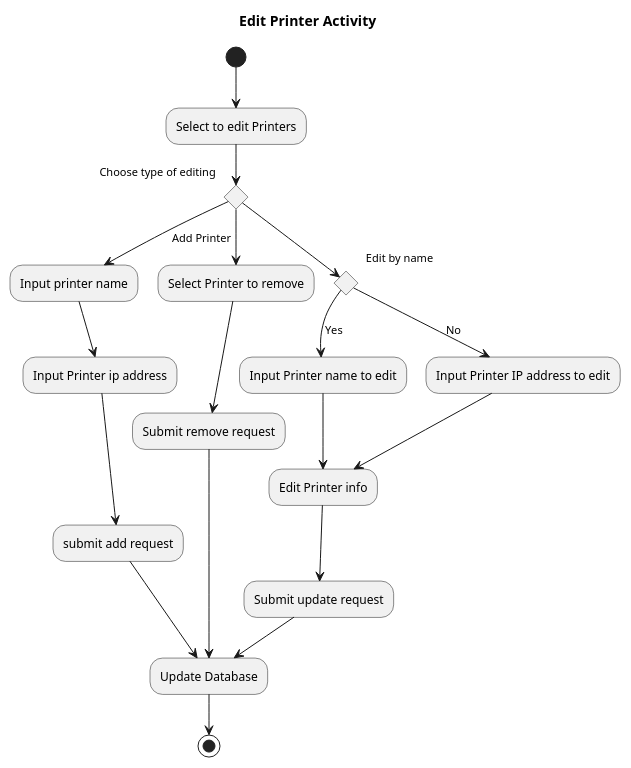
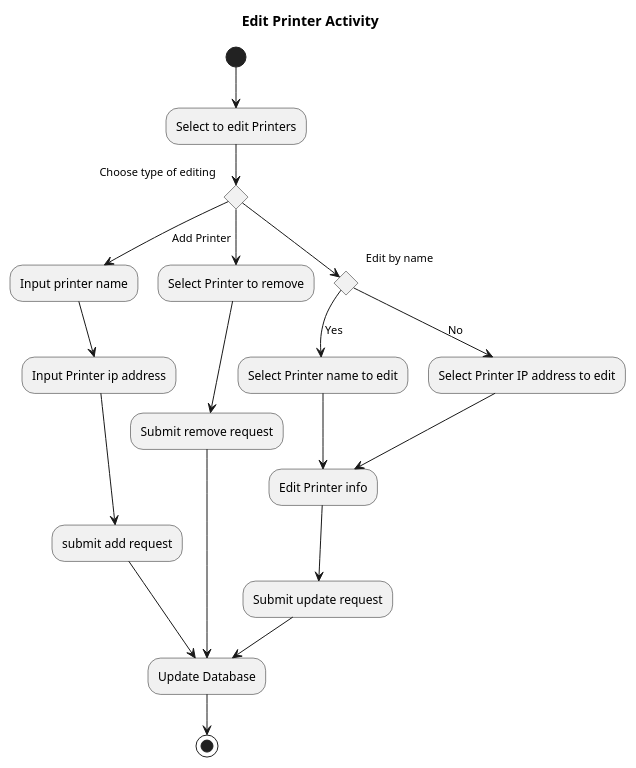
Before and after one commit to phillipjf/SNMPrint: the diagram in app/UML/DesignActivityDiagrams/Edit Printer.puml, drawn with PlantUML. The commit also changed 5 other files, not shown here.

Commit message:
05/03/2015 8 pm Final Diagrams

```diff
--- a/app/UML/DesignActivityDiagrams/Edit Printer.puml
+++ b/app/UML/DesignActivityDiagrams/Edit Printer.puml
@@ -1,25 +1,25 @@
 @startuml
 title Edit Printer Activity
 (*)  --> "Select to edit Printers"
 If "Choose type of editing" then
 --> [Add Printer] "Input printer name"
 --> "Input Printer ip address"
 --> submit add request
 --> "Update Database"
 else
 --> "Select Printer to remove"
 --> "Submit remove request"
 --> "Update Database"
 else
 if "Edit by name" then
---> [Yes] "Input Printer name to edit"
+--> [Yes] "Select Printer name to edit"
 --> "Edit Printer info"
 else
--->[No] "Input Printer IP address to edit"
+-->[No] "Select Printer IP address to edit"
 --> "Edit Printer info"
 Endif
 --> "Submit update request"
 --> "Update Database"
 Endif
 -->(*)
 @enduml
```
